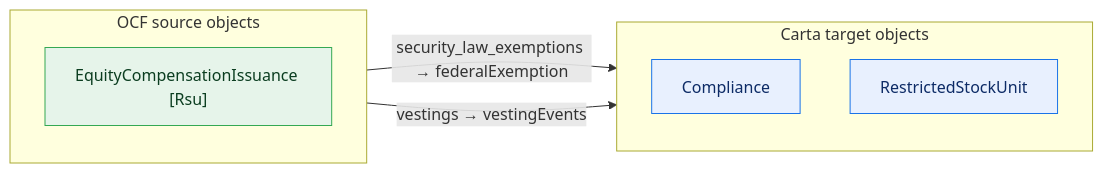
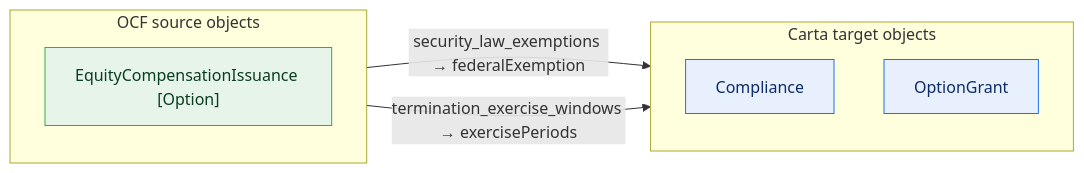
Before and after one commit to Open-Cap-Table-Coalition/OCF-Composed-Schemas: the fifth of 26 diagrams in core-rich/core-upstream.md, drawn with Mermaid. The commit also changed other lines of this file and 9 other files, not shown here.

````diff
--- a/core-rich/core-upstream.md
+++ b/core-rich/core-upstream.md
@@ -126,18 +104,18 @@
 ```mermaid
 flowchart LR
   classDef adm fill:#e6f4ea,stroke:#34a853,color:#0b3d20;
   classDef notadm fill:#f1f3f4,stroke:#9aa0a6,color:#5f6368,stroke-dasharray:4 3;
   classDef carta fill:#e8f0fe,stroke:#1a73e8,color:#0d2b66;
   classDef sink fill:#fce8e6,stroke:#d93025,color:#5c0d06;
   subgraph SRC["OCF source objects"]
     direction TB
-    o0["EquityCompensationIssuance [Rsu]"]:::adm
+    o0["EquityCompensationIssuance [Option]"]:::adm
   end
   subgraph TGT["Carta target objects"]
     direction TB
     t0["Compliance"]:::carta
-    t1["RestrictedStockUnit"]:::carta
+    t1["OptionGrant"]:::carta
   end
   o0 -->|"security_law_exemptions → federalExemption"| t0
-  o0 -->|"vestings → vestingEvents"| t1
+  o0 -->|"termination_exercise_windows → exercisePeriods"| t1
 ```
````
